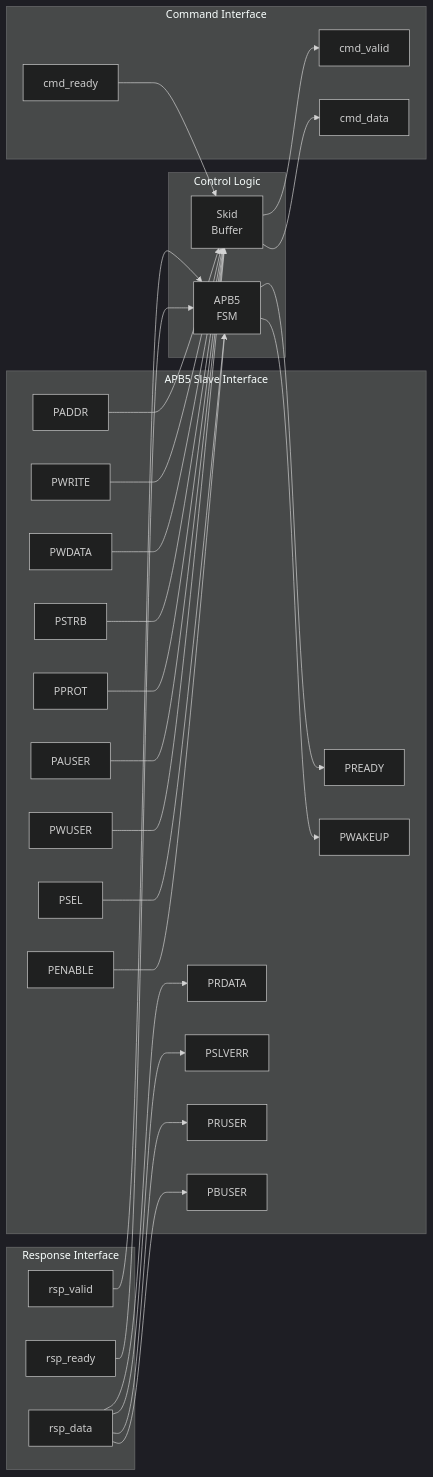
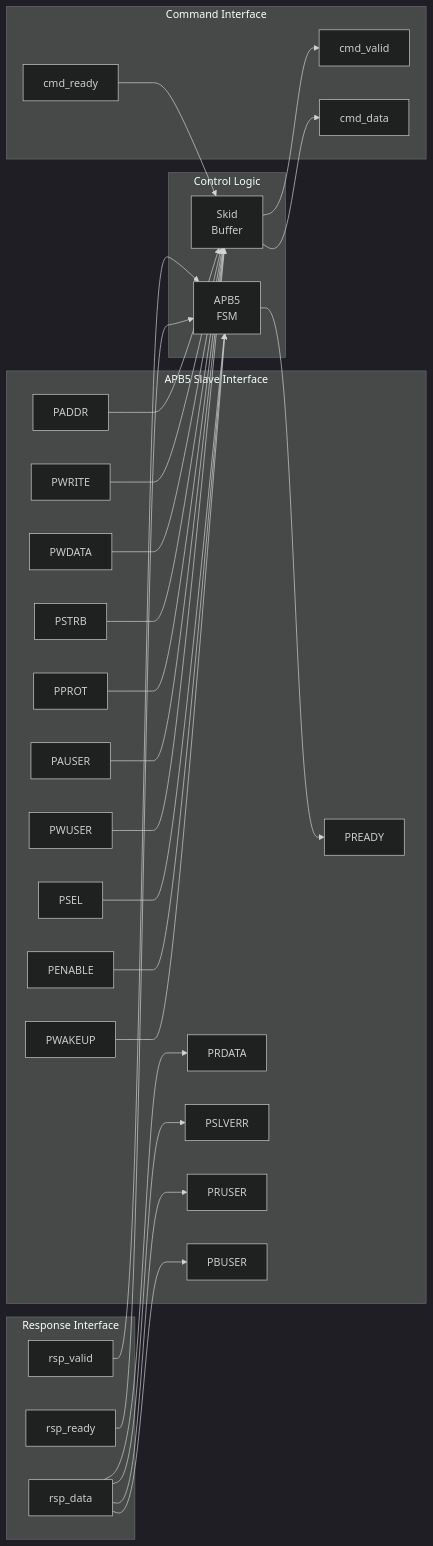
Before and after one commit to sean-galloway/RTLDesignSherpa: the first of 2 diagrams in docs/markdown/rtl-amba/apb5/apb5_slave.md, drawn with Mermaid (dark theme). The commit also changed other lines of this file and 526 other files, not shown here.

````diff
--- a/docs/markdown/rtl-amba/apb5/apb5_slave.md
+++ b/docs/markdown/rtl-amba/apb5/apb5_slave.md
@@ -167,61 +169,61 @@
 ```mermaid
 flowchart LR
     subgraph APB5["APB5 Slave Interface"]
         psel["PSEL"]
         pen["PENABLE"]
         paddr["PADDR"]
         pwrite["PWRITE"]
         pwdata["PWDATA"]
         pstrb["PSTRB"]
         pprot["PPROT"]
         pauser["PAUSER"]
         pwuser["PWUSER"]
         pready["PREADY"]
         prdata["PRDATA"]
         pslverr["PSLVERR"]
         pwakeup["PWAKEUP"]
         pruser["PRUSER"]
         pbuser["PBUSER"]
     end
 
     subgraph CTRL["Control Logic"]
         fsm["APB5<br/>FSM"]
         buf["Skid<br/>Buffer"]
     end
 
     subgraph CMD["Command Interface"]
         cv["cmd_valid"]
         cr["cmd_ready"]
         cd["cmd_data"]
     end
 
     subgraph RSP["Response Interface"]
         rv["rsp_valid"]
         rr["rsp_ready"]
         rd["rsp_data"]
     end
 
     psel --> fsm
     pen --> fsm
     paddr --> buf
     pwrite --> buf
     pwdata --> buf
     pstrb --> buf
     pprot --> buf
     pauser --> buf
     pwuser --> buf
 
     fsm --> pready
     buf --> cv
     buf --> cd
     cr --> buf
 
     rv --> fsm
     rd --> prdata
     rd --> pslverr
     rd --> pruser
     rd --> pbuser
     rr --> fsm
 
-    fsm --> pwakeup
+    pwakeup --> fsm
 ```
````
